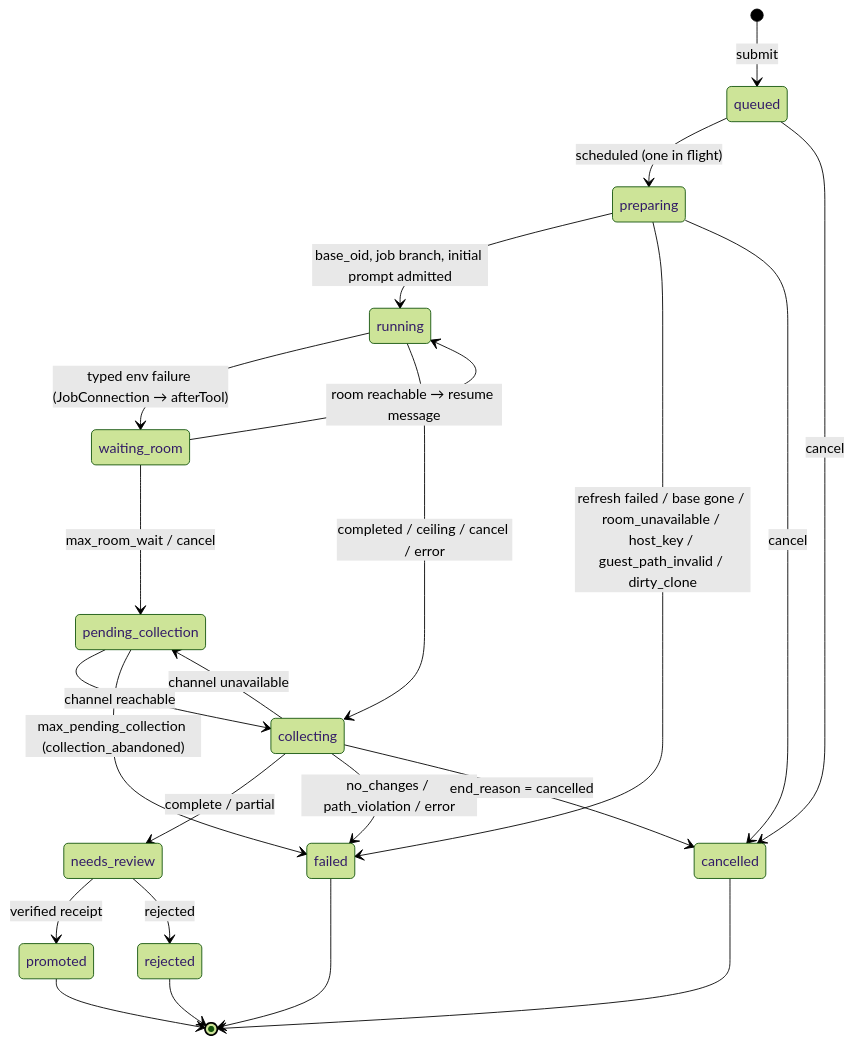
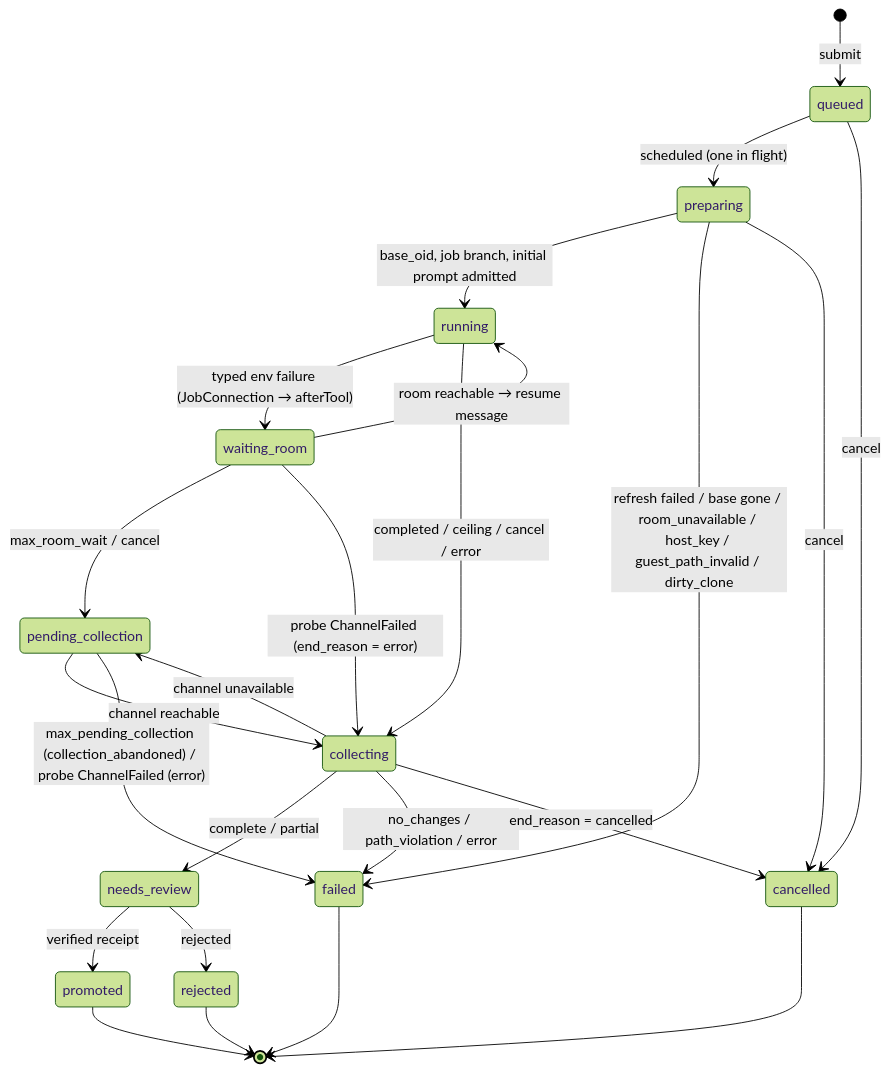
One commit to davidlee/satan changed the third of 7 diagrams in .doctrine/slice/023/design.md. Above: the diagram before and after it, drawn with Mermaid (forest theme). The commit also changed other lines of this file and 7 other files, not shown here.

First line of the commit message:
doctrine(SL-023): room probe = job collect; DEC-057 cancelDeferred/getAuth rulings; design re-locked rev 63 (RV-027 waived); PHASE-11 complete

````diff
--- a/.doctrine/slice/023/design.md
+++ b/.doctrine/slice/023/design.md
@@ -728,25 +728,26 @@
 ```mermaid
 stateDiagram-v2
   [*] --> queued: submit
   queued --> preparing: scheduled (one in flight)
   queued --> cancelled: cancel
   preparing --> running: base_oid, job branch, initial prompt admitted
   preparing --> failed: refresh failed / base gone / room_unavailable / host_key / guest_path_invalid / dirty_clone
   preparing --> cancelled: cancel
   running --> waiting_room: typed env failure (JobConnection → afterTool)
   waiting_room --> running: room reachable → resume message
   running --> collecting: completed / ceiling / cancel / error
   waiting_room --> pending_collection: max_room_wait / cancel
+  waiting_room --> collecting: probe ChannelFailed (end_reason = error)
   collecting --> pending_collection: channel unavailable
   pending_collection --> collecting: channel reachable
-  pending_collection --> failed: max_pending_collection (collection_abandoned)
+  pending_collection --> failed: max_pending_collection (collection_abandoned) / probe ChannelFailed (error)
   collecting --> needs_review: complete / partial
   collecting --> failed: no_changes / path_violation / error
   collecting --> cancelled: end_reason = cancelled
   needs_review --> promoted: verified receipt
   needs_review --> rejected: rejected
   promoted --> [*]
   rejected --> [*]
   cancelled --> [*]
   failed --> [*]
 ```
````
